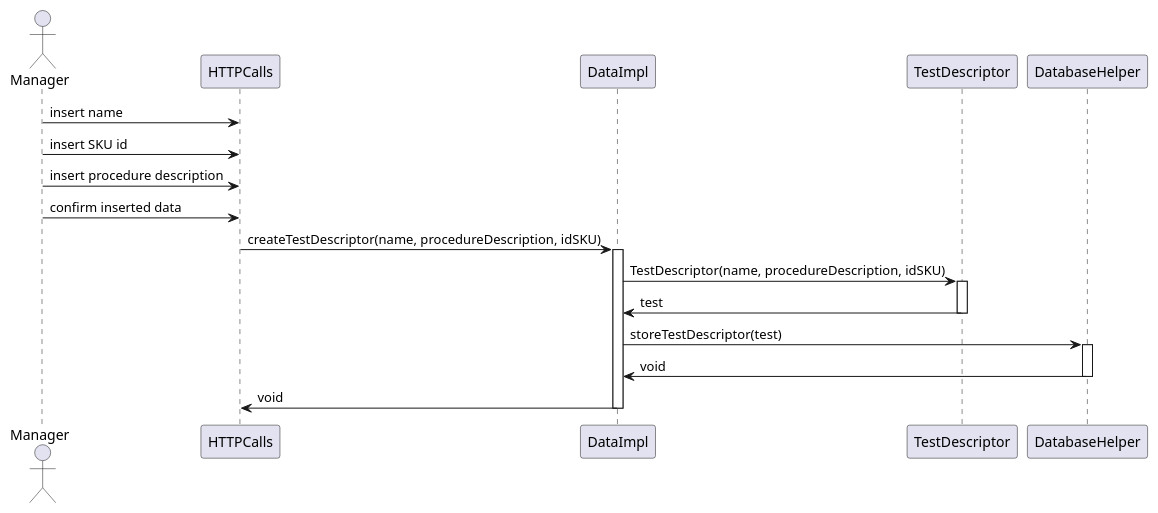
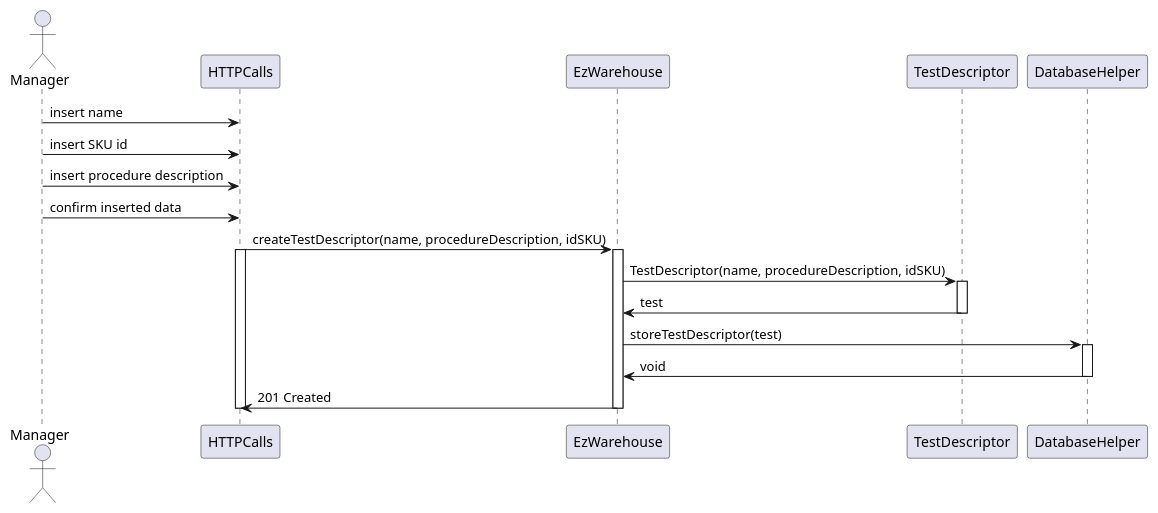
One commit to DavideArcolini/SoftEng_garbageCollector changed diagram 20 of 20 in DESIGN PART/DesignDocument.md. Above: the diagram before and after it, drawn with PlantUML. The commit also changed other lines of this file, not shown here.

````diff
--- a/DESIGN PART/DesignDocument.md
+++ b/DESIGN PART/DesignDocument.md
@@ -522,19 +1334,26 @@
 ```plantuml
-actor Manager
-Manager -> HTTPCalls : insert name
-Manager -> HTTPCalls : insert SKU id
-Manager -> HTTPCalls : insert procedure description
-Manager -> HTTPCalls : confirm inserted data
-HTTPCalls -> DataImpl : createTestDescriptor(name, procedureDescription, idSKU)
-activate DataImpl
-DataImpl -> TestDescriptor : TestDescriptor(name, procedureDescription, idSKU) 
-activate TestDescriptor
-DataImpl <- TestDescriptor : test
-deactivate TestDescriptor
-DataImpl -> DatabaseHelper : storeTestDescriptor(test)
-activate DatabaseHelper
-DataImpl <- DatabaseHelper : void
-deactivate DatabaseHelper
-HTTPCalls <- DataImpl : void
-deactivate DataImpl
+actor Manager as M
+participant HTTPCalls as H
+participant EzWarehouse as ezwh
+participant TestDescriptor as T
+participant DatabaseHelper as DH
+
+M -> H : insert name
+M -> H : insert SKU id
+M -> H : insert procedure description
+M -> H : confirm inserted data
+H -> ezwh : createTestDescriptor(name, procedureDescription, idSKU)
+activate H
+activate ezwh
+ezwh -> T : TestDescriptor(name, procedureDescription, idSKU) 
+activate T
+ezwh <- T : test
+deactivate T
+ezwh -> DH : storeTestDescriptor(test)
+activate DH
+ezwh <- DH : void
+deactivate DH
+H <- ezwh : 201 Created
+deactivate H
+deactivate ezwh
 ```
````
